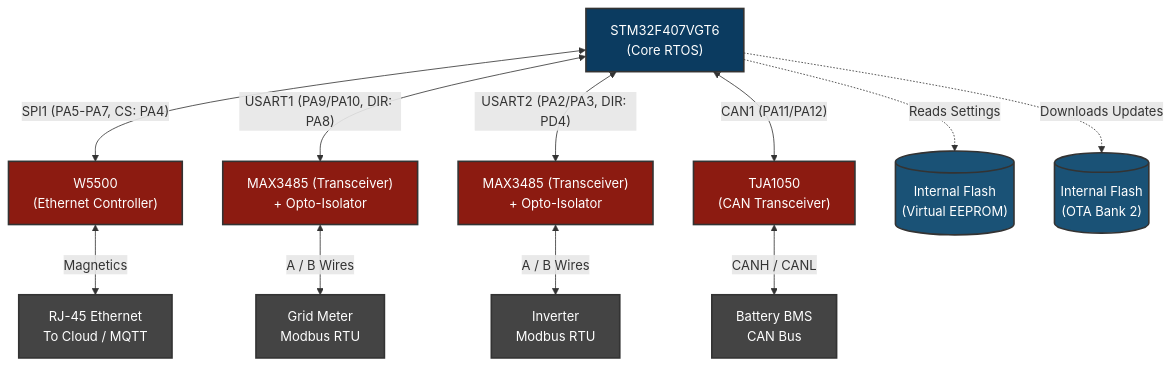
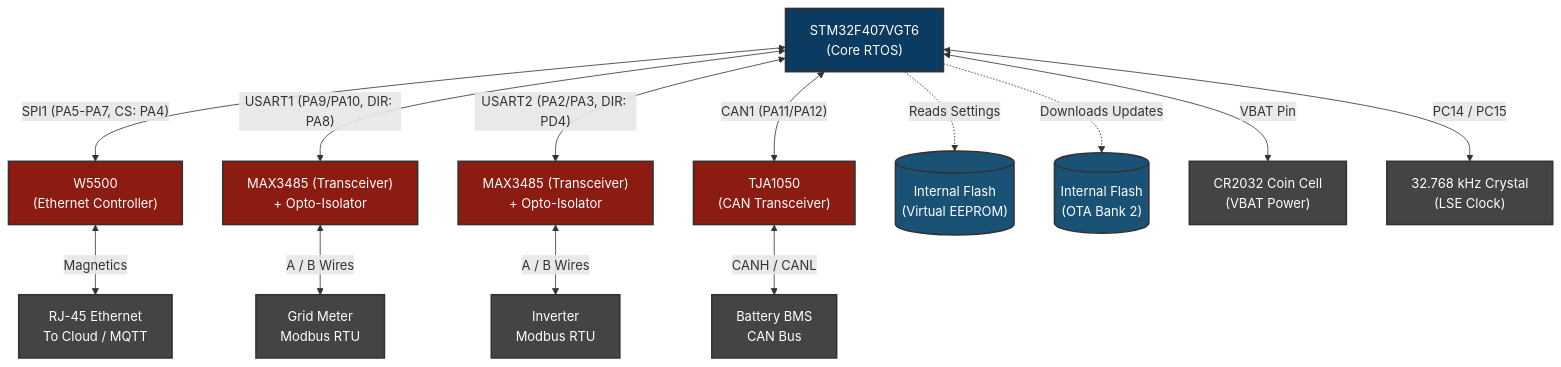
One commit to saheerskt/ems-mini-rtos changed the second of 2 diagrams in rtos_design_doc.md. Above: the diagram before and after it, drawn with Mermaid. The commit also changed 2 other files, not shown here.

````diff
--- a/rtos_design_doc.md
+++ b/rtos_design_doc.md
@@ -192,40 +192,44 @@
 ```mermaid
 flowchart TD
     classDef stm fill:#0b3b60,stroke:#333,stroke-width:2px,color:#fff
     classDef phy fill:#8c1b11,stroke:#333,stroke-width:2px,color:#fff
     classDef port fill:#444,stroke:#333,stroke-width:2px,color:#fff
     classDef mem fill:#1a5276,stroke:#333,stroke-width:2px,color:#fff
 
     STM["STM32F407VGT6<br>(Core RTOS)"]:::stm
 
     W5500["W5500<br>(Ethernet Controller)"]:::phy
     RJ45["RJ-45 Ethernet<br>To Cloud / MQTT"]:::port
     
     RS485_1["MAX3485 (Transceiver)<br>+ Opto-Isolator"]:::phy
     Grid["Grid Meter<br>Modbus RTU"]:::port
 
     RS485_2["MAX3485 (Transceiver)<br>+ Opto-Isolator"]:::phy
     Inv["Inverter<br>Modbus RTU"]:::port
 
     CAN_PHY["TJA1050<br>(CAN Transceiver)"]:::phy
     BMS["Battery BMS<br>CAN Bus"]:::port
 
     EEPROM[("Internal Flash<br>(Virtual EEPROM)")]:::mem
     OTA[("Internal Flash<br>(OTA Bank 2)")]:::mem
+    VBAT["CR2032 Coin Cell<br>(VBAT Power)"]:::port
+    XTAL["32.768 kHz Crystal<br>(LSE Clock)"]:::port
 
     %% Connections
     STM <-->|"SPI1 (PA5-PA7, CS: PA4)"| W5500
     W5500 <-->|"Magnetics"| RJ45
 
     STM <-->|"USART1 (PA9/PA10, DIR: PA8)"| RS485_1
     RS485_1 <-->|"A / B Wires"| Grid
 
     STM <-->|"USART2 (PA2/PA3, DIR: PD4)"| RS485_2
     RS485_2 <-->|"A / B Wires"| Inv
 
     STM <-->|"CAN1 (PA11/PA12)"| CAN_PHY
     CAN_PHY <-->|"CANH / CANL"| BMS
 
     STM -.->|"Reads Settings"| EEPROM
     STM -.->|"Downloads Updates"| OTA
+    STM <-->|"VBAT Pin"| VBAT
+    STM <-->|"PC14 / PC15"| XTAL
 ```
````
